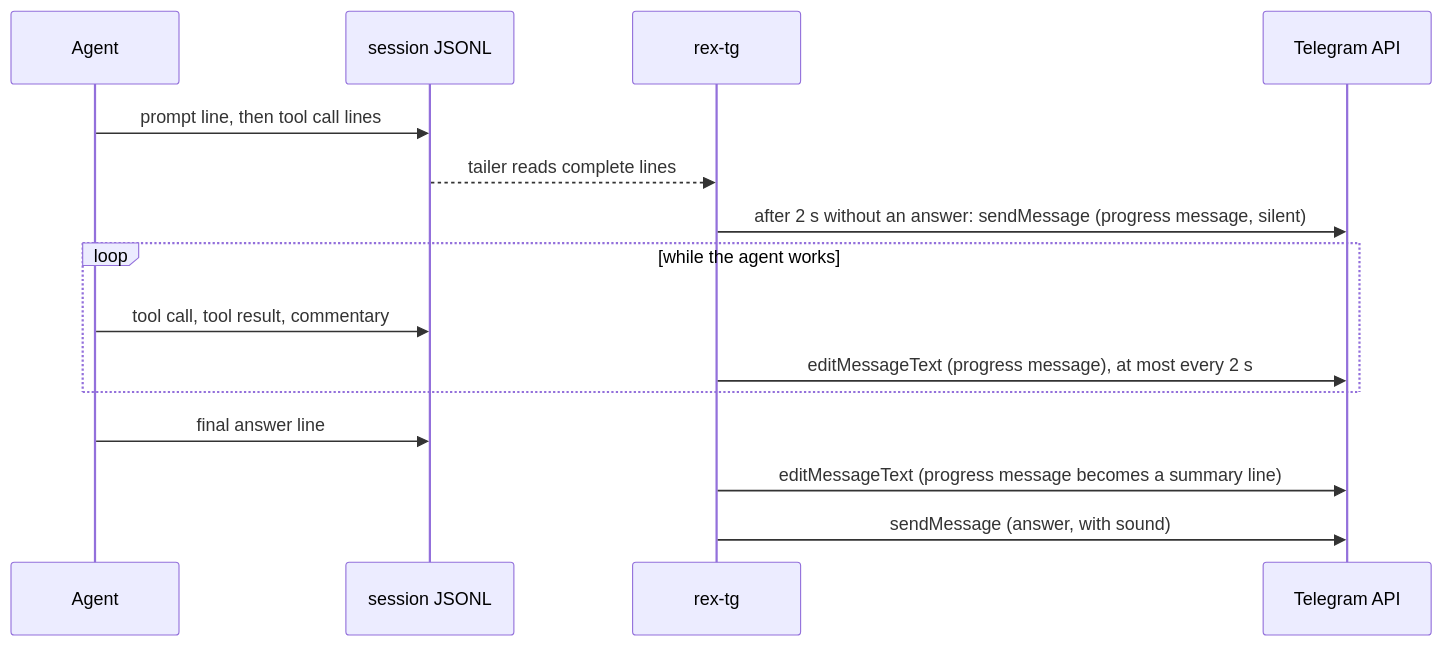
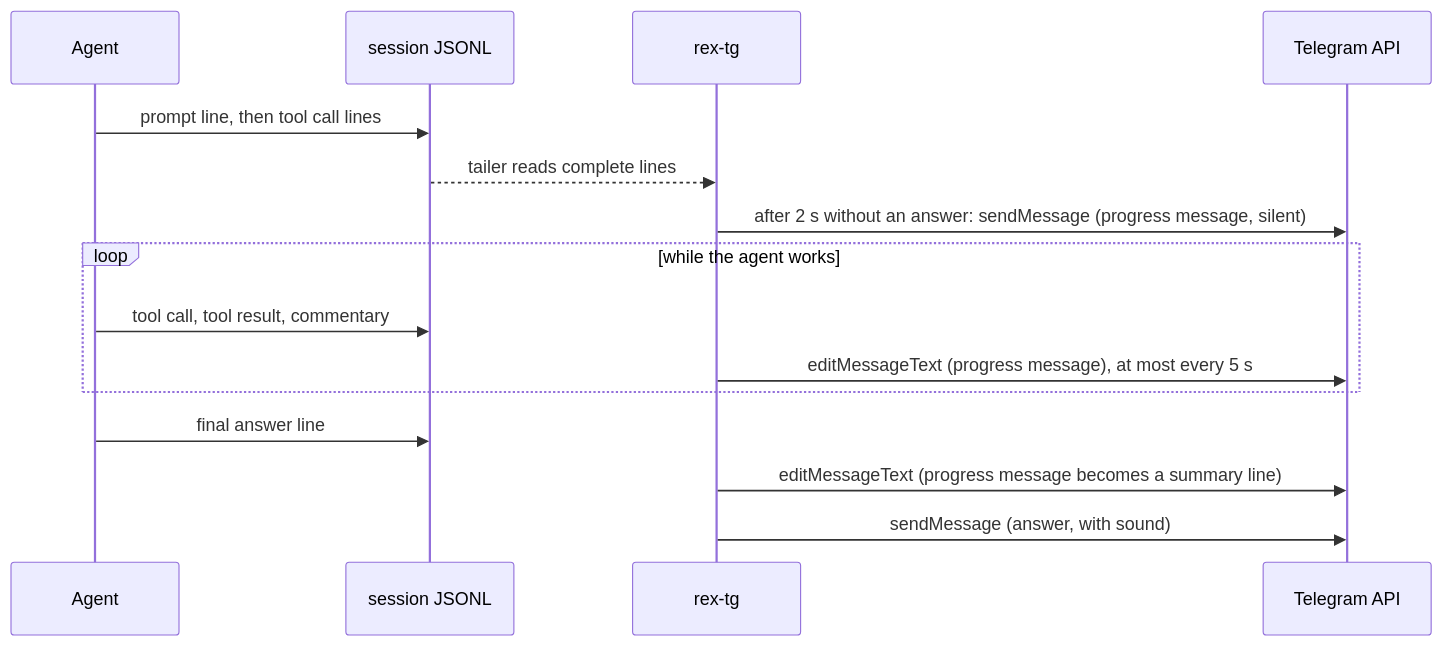
Before and after one commit to arrokh/rex-tg: the second of 5 diagrams in docs/design.md, drawn with Mermaid. The commit also changed other lines of this file and 24 other files, not shown here.

````diff
--- a/docs/design.md
+++ b/docs/design.md
@@ -119,17 +119,17 @@
 ```mermaid
 sequenceDiagram
   participant A as Agent
   participant F as session JSONL
   participant B as rex-tg
   participant T as Telegram API
   A->>F: prompt line, then tool call lines
   F-->>B: tailer reads complete lines
   B->>T: after 2 s without an answer: sendMessage (progress message, silent)
   loop while the agent works
     A->>F: tool call, tool result, commentary
-    B->>T: editMessageText (progress message), at most every 2 s
+    B->>T: editMessageText (progress message), at most every 5 s
   end
   A->>F: final answer line
   B->>T: editMessageText (progress message becomes a summary line)
   B->>T: sendMessage (answer, with sound)
 ```
````
